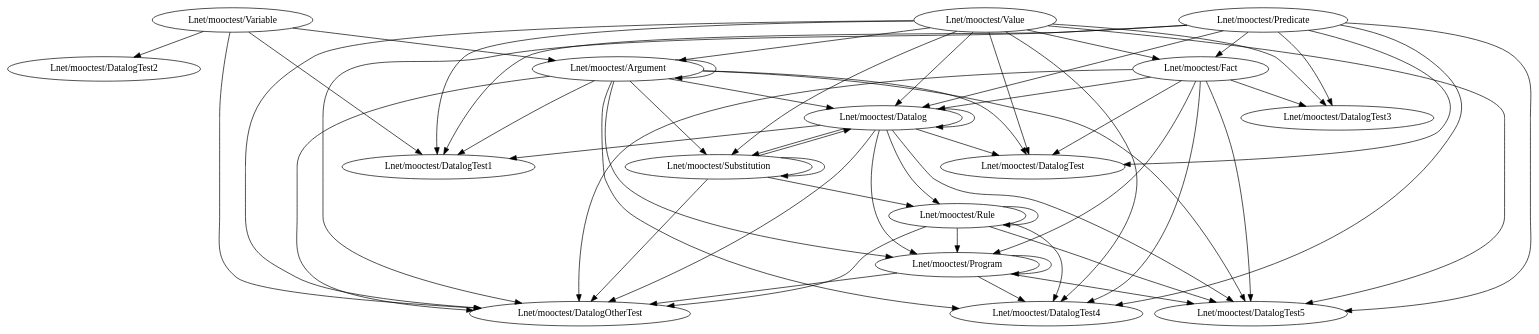
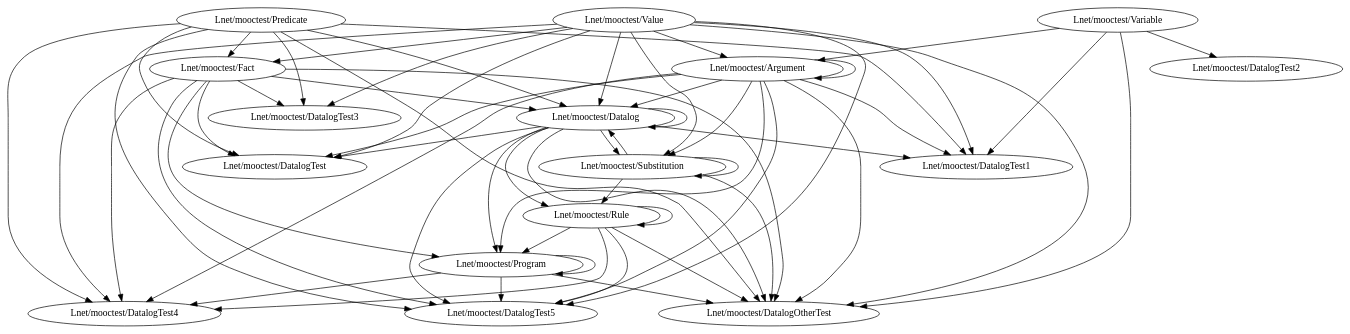
One commit to sunflower-zzn/AutomatedTesting2020 changed the diagram in Report/2-DataLog-class.dot. Above: the diagram before and after it, drawn with Graphviz. The commit also changed 43 other files, not shown here.

```diff
--- a/Report/2-DataLog-class.dot
+++ b/Report/2-DataLog-class.dot
@@ -1,61 +1,61 @@
-digraph cmd_method {
-	"Lnet/mooctest/Variable" -> "Lnet/mooctest/Argument"
-	"Lnet/mooctest/Variable" -> "Lnet/mooctest/DatalogOtherTest"
-	"Lnet/mooctest/Variable" -> "Lnet/mooctest/DatalogTest1"
-	"Lnet/mooctest/Variable" -> "Lnet/mooctest/DatalogTest2"
-	"Lnet/mooctest/Argument" -> "Lnet/mooctest/DatalogTest5"
-	"Lnet/mooctest/Argument" -> "Lnet/mooctest/Argument"
-	"Lnet/mooctest/Argument" -> "Lnet/mooctest/DatalogTest4"
-	"Lnet/mooctest/Argument" -> "Lnet/mooctest/DatalogTest1"
-	"Lnet/mooctest/Argument" -> "Lnet/mooctest/Datalog"
-	"Lnet/mooctest/Argument" -> "Lnet/mooctest/DatalogOtherTest"
-	"Lnet/mooctest/Argument" -> "Lnet/mooctest/Program"
-	"Lnet/mooctest/Argument" -> "Lnet/mooctest/DatalogTest"
-	"Lnet/mooctest/Argument" -> "Lnet/mooctest/Substitution"
-	"Lnet/mooctest/Datalog" -> "Lnet/mooctest/DatalogTest5"
-	"Lnet/mooctest/Datalog" -> "Lnet/mooctest/Rule"
-	"Lnet/mooctest/Datalog" -> "Lnet/mooctest/Datalog"
-	"Lnet/mooctest/Datalog" -> "Lnet/mooctest/DatalogTest1"
-	"Lnet/mooctest/Datalog" -> "Lnet/mooctest/DatalogOtherTest"
-	"Lnet/mooctest/Datalog" -> "Lnet/mooctest/Program"
-	"Lnet/mooctest/Datalog" -> "Lnet/mooctest/DatalogTest"
-	"Lnet/mooctest/Datalog" -> "Lnet/mooctest/Substitution"
-	"Lnet/mooctest/Substitution" -> "Lnet/mooctest/Rule"
-	"Lnet/mooctest/Substitution" -> "Lnet/mooctest/Datalog"
-	"Lnet/mooctest/Substitution" -> "Lnet/mooctest/DatalogOtherTest"
-	"Lnet/mooctest/Substitution" -> "Lnet/mooctest/Substitution"
-	"Lnet/mooctest/Value" -> "Lnet/mooctest/DatalogTest5"
-	"Lnet/mooctest/Value" -> "Lnet/mooctest/DatalogTest3"
-	"Lnet/mooctest/Value" -> "Lnet/mooctest/Argument"
-	"Lnet/mooctest/Value" -> "Lnet/mooctest/DatalogTest4"
-	"Lnet/mooctest/Value" -> "Lnet/mooctest/DatalogTest1"
-	"Lnet/mooctest/Value" -> "Lnet/mooctest/DatalogOtherTest"
-	"Lnet/mooctest/Value" -> "Lnet/mooctest/Datalog"
-	"Lnet/mooctest/Value" -> "Lnet/mooctest/Fact"
-	"Lnet/mooctest/Value" -> "Lnet/mooctest/DatalogTest"
-	"Lnet/mooctest/Value" -> "Lnet/mooctest/Substitution"
-	"Lnet/mooctest/Rule" -> "Lnet/mooctest/DatalogTest5"
-	"Lnet/mooctest/Rule" -> "Lnet/mooctest/Rule"
-	"Lnet/mooctest/Rule" -> "Lnet/mooctest/DatalogTest4"
-	"Lnet/mooctest/Rule" -> "Lnet/mooctest/DatalogOtherTest"
-	"Lnet/mooctest/Rule" -> "Lnet/mooctest/Program"
-	"Lnet/mooctest/Fact" -> "Lnet/mooctest/DatalogTest5"
-	"Lnet/mooctest/Fact" -> "Lnet/mooctest/DatalogTest3"
-	"Lnet/mooctest/Fact" -> "Lnet/mooctest/DatalogTest4"
-	"Lnet/mooctest/Fact" -> "Lnet/mooctest/Datalog"
-	"Lnet/mooctest/Fact" -> "Lnet/mooctest/DatalogOtherTest"
-	"Lnet/mooctest/Fact" -> "Lnet/mooctest/Program"
-	"Lnet/mooctest/Fact" -> "Lnet/mooctest/DatalogTest"
-	"Lnet/mooctest/Predicate" -> "Lnet/mooctest/DatalogTest5"
-	"Lnet/mooctest/Predicate" -> "Lnet/mooctest/DatalogTest3"
-	"Lnet/mooctest/Predicate" -> "Lnet/mooctest/DatalogTest4"
-	"Lnet/mooctest/Predicate" -> "Lnet/mooctest/Datalog"
-	"Lnet/mooctest/Predicate" -> "Lnet/mooctest/DatalogOtherTest"
-	"Lnet/mooctest/Predicate" -> "Lnet/mooctest/Fact"
-	"Lnet/mooctest/Predicate" -> "Lnet/mooctest/DatalogTest1"
-	"Lnet/mooctest/Predicate" -> "Lnet/mooctest/DatalogTest"
-	"Lnet/mooctest/Program" -> "Lnet/mooctest/DatalogTest5"
-	"Lnet/mooctest/Program" -> "Lnet/mooctest/DatalogTest4"
-	"Lnet/mooctest/Program" -> "Lnet/mooctest/DatalogOtherTest"
-	"Lnet/mooctest/Program" -> "Lnet/mooctest/Program"
+digraph cmd_class {
+	"Lnet/mooctest/Argument" -> "Lnet/mooctest/DatalogTest1";
+	"Lnet/mooctest/Fact" -> "Lnet/mooctest/Datalog";
+	"Lnet/mooctest/Fact" -> "Lnet/mooctest/Program";
+	"Lnet/mooctest/Predicate" -> "Lnet/mooctest/Datalog";
+	"Lnet/mooctest/Predicate" -> "Lnet/mooctest/DatalogOtherTest";
+	"Lnet/mooctest/Predicate" -> "Lnet/mooctest/Fact";
+	"Lnet/mooctest/Program" -> "Lnet/mooctest/DatalogTest4";
+	"Lnet/mooctest/Program" -> "Lnet/mooctest/DatalogTest5";
+	"Lnet/mooctest/Program" -> "Lnet/mooctest/DatalogOtherTest";
+	"Lnet/mooctest/Program" -> "Lnet/mooctest/Program";
+	"Lnet/mooctest/Predicate" -> "Lnet/mooctest/DatalogTest";
+	"Lnet/mooctest/Predicate" -> "Lnet/mooctest/DatalogTest3";
+	"Lnet/mooctest/Predicate" -> "Lnet/mooctest/DatalogTest1";
+	"Lnet/mooctest/Predicate" -> "Lnet/mooctest/DatalogTest4";
+	"Lnet/mooctest/Predicate" -> "Lnet/mooctest/DatalogTest5";
+	"Lnet/mooctest/Argument" -> "Lnet/mooctest/Datalog";
+	"Lnet/mooctest/Argument" -> "Lnet/mooctest/DatalogTest";
+	"Lnet/mooctest/Argument" -> "Lnet/mooctest/DatalogTest4";
+	"Lnet/mooctest/Argument" -> "Lnet/mooctest/DatalogTest5";
+	"Lnet/mooctest/Argument" -> "Lnet/mooctest/DatalogOtherTest";
+	"Lnet/mooctest/Variable" -> "Lnet/mooctest/DatalogTest2";
+	"Lnet/mooctest/Variable" -> "Lnet/mooctest/DatalogOtherTest";
+	"Lnet/mooctest/Value" -> "Lnet/mooctest/DatalogTest";
+	"Lnet/mooctest/Value" -> "Lnet/mooctest/DatalogTest3";
+	"Lnet/mooctest/Value" -> "Lnet/mooctest/DatalogTest1";
+	"Lnet/mooctest/Value" -> "Lnet/mooctest/DatalogTest4";
+	"Lnet/mooctest/Value" -> "Lnet/mooctest/DatalogTest5";
+	"Lnet/mooctest/Value" -> "Lnet/mooctest/DatalogOtherTest";
+	"Lnet/mooctest/Datalog" -> "Lnet/mooctest/Rule";
+	"Lnet/mooctest/Datalog" -> "Lnet/mooctest/Datalog";
+	"Lnet/mooctest/Rule" -> "Lnet/mooctest/Program";
+	"Lnet/mooctest/Datalog" -> "Lnet/mooctest/DatalogTest";
+	"Lnet/mooctest/Variable" -> "Lnet/mooctest/DatalogTest1";
+	"Lnet/mooctest/Value" -> "Lnet/mooctest/Datalog";
+	"Lnet/mooctest/Value" -> "Lnet/mooctest/Substitution";
+	"Lnet/mooctest/Substitution" -> "Lnet/mooctest/Datalog";
+	"Lnet/mooctest/Substitution" -> "Lnet/mooctest/DatalogOtherTest";
+	"Lnet/mooctest/Substitution" -> "Lnet/mooctest/Rule";
+	"Lnet/mooctest/Substitution" -> "Lnet/mooctest/Substitution";
+	"Lnet/mooctest/Fact" -> "Lnet/mooctest/DatalogTest3";
+	"Lnet/mooctest/Fact" -> "Lnet/mooctest/DatalogTest";
+	"Lnet/mooctest/Fact" -> "Lnet/mooctest/DatalogTest4";
+	"Lnet/mooctest/Fact" -> "Lnet/mooctest/DatalogTest5";
+	"Lnet/mooctest/Fact" -> "Lnet/mooctest/DatalogOtherTest";
+	"Lnet/mooctest/Argument" -> "Lnet/mooctest/Substitution";
+	"Lnet/mooctest/Datalog" -> "Lnet/mooctest/DatalogTest1";
+	"Lnet/mooctest/Datalog" -> "Lnet/mooctest/Substitution";
+	"Lnet/mooctest/Datalog" -> "Lnet/mooctest/DatalogOtherTest";
+	"Lnet/mooctest/Datalog" -> "Lnet/mooctest/DatalogTest5";
+	"Lnet/mooctest/Datalog" -> "Lnet/mooctest/Program";
+	"Lnet/mooctest/Rule" -> "Lnet/mooctest/DatalogOtherTest";
+	"Lnet/mooctest/Argument" -> "Lnet/mooctest/Program";
+	"Lnet/mooctest/Rule" -> "Lnet/mooctest/Rule";
+	"Lnet/mooctest/Value" -> "Lnet/mooctest/Argument";
+	"Lnet/mooctest/Value" -> "Lnet/mooctest/Fact";
+	"Lnet/mooctest/Variable" -> "Lnet/mooctest/Argument";
+	"Lnet/mooctest/Argument" -> "Lnet/mooctest/Argument";
+	"Lnet/mooctest/Rule" -> "Lnet/mooctest/DatalogTest4";
+	"Lnet/mooctest/Rule" -> "Lnet/mooctest/DatalogTest5";
 }
```
